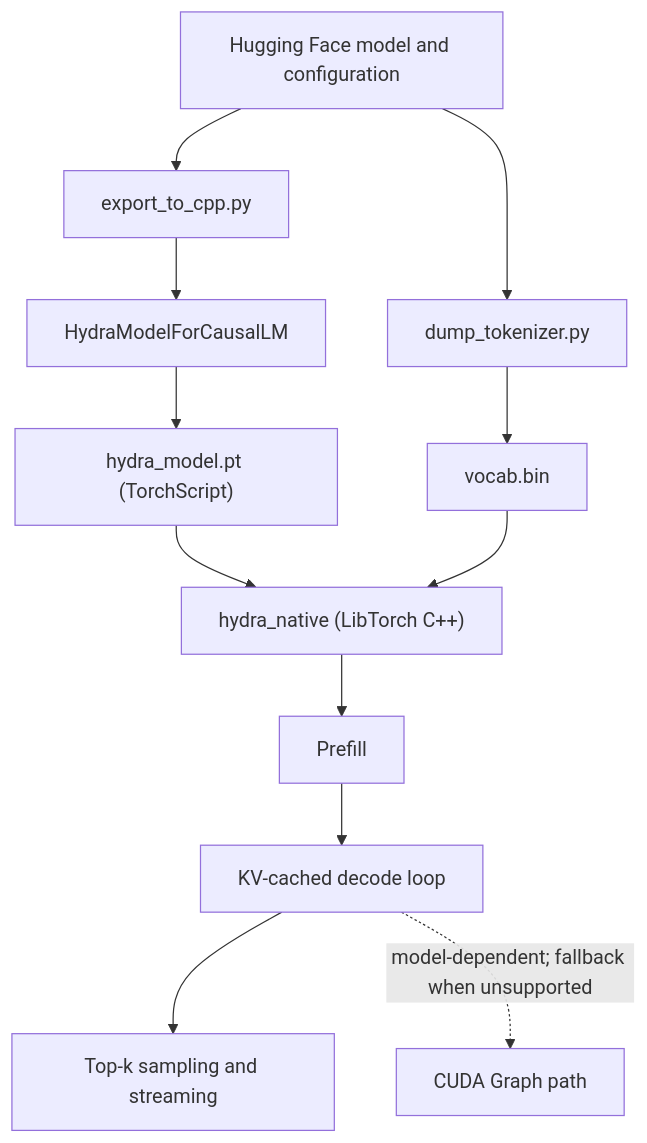
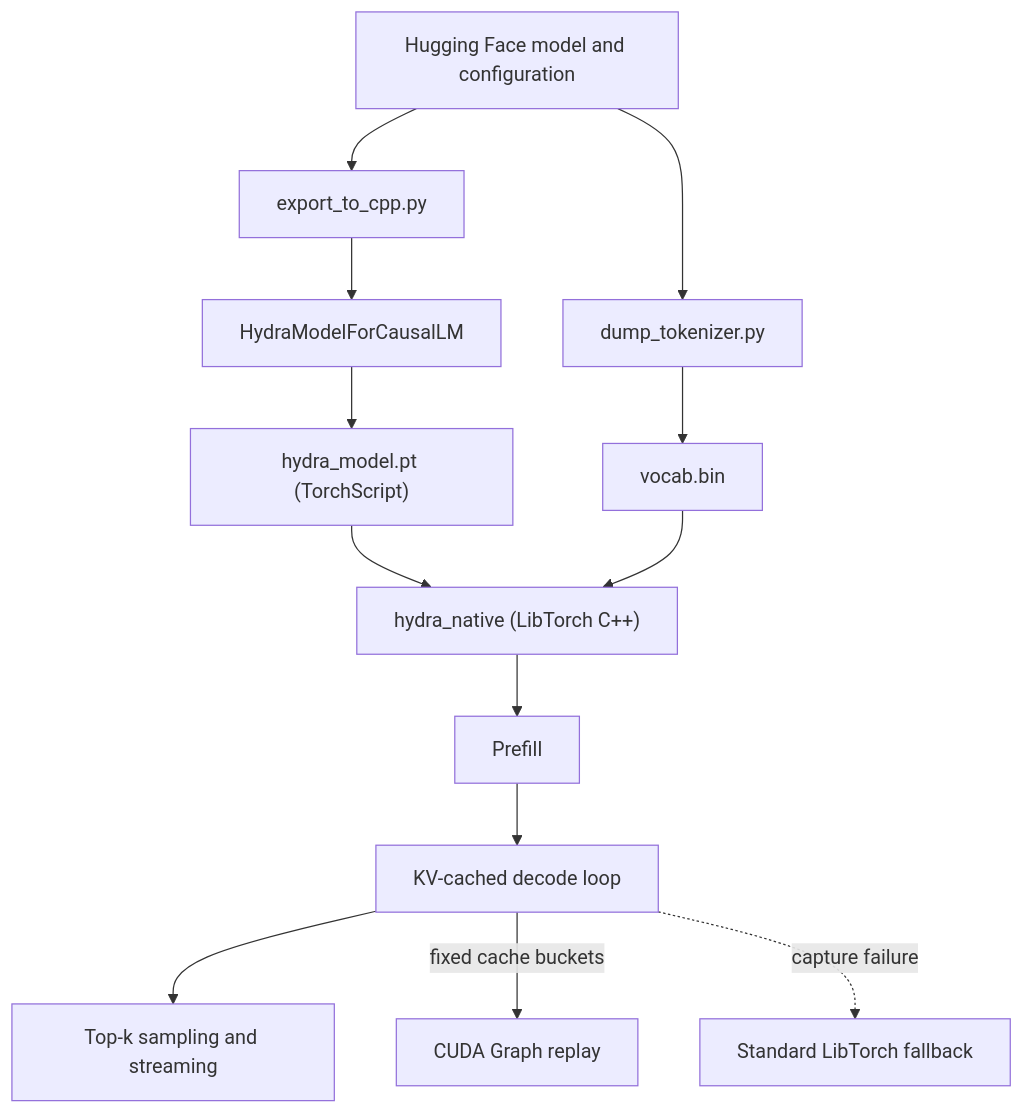
Before and after one commit to Nbit-51/Hydra_Engine: the diagram in README.md, drawn with Mermaid. The commit also changed other lines of this file and 19 other files, not shown here.

Commit message:
feat: harden CUDA graph decode and verify AVX2

````diff
--- a/README.md
+++ b/README.md
@@ -48,14 +58,15 @@
 ```mermaid
 flowchart TD
     HF["Hugging Face model and configuration"] --> EX["export_to_cpp.py"]
     EX --> HM["HydraModelForCausalLM"]
     HM --> TS["hydra_model.pt (TorchScript)"]
     HF --> TOK["dump_tokenizer.py"]
     TOK --> VOC["vocab.bin"]
     TS --> CPP["hydra_native (LibTorch C++)"]
     VOC --> CPP
     CPP --> PF["Prefill"]
     PF --> DE["KV-cached decode loop"]
     DE --> SM["Top-k sampling and streaming"]
-    DE -. "model-dependent; fallback when unsupported" .-> CG["CUDA Graph path"]
+    DE -->|"fixed cache buckets"| CG["CUDA Graph replay"]
+    DE -. "capture failure" .-> FB["Standard LibTorch fallback"]
 ```
````
